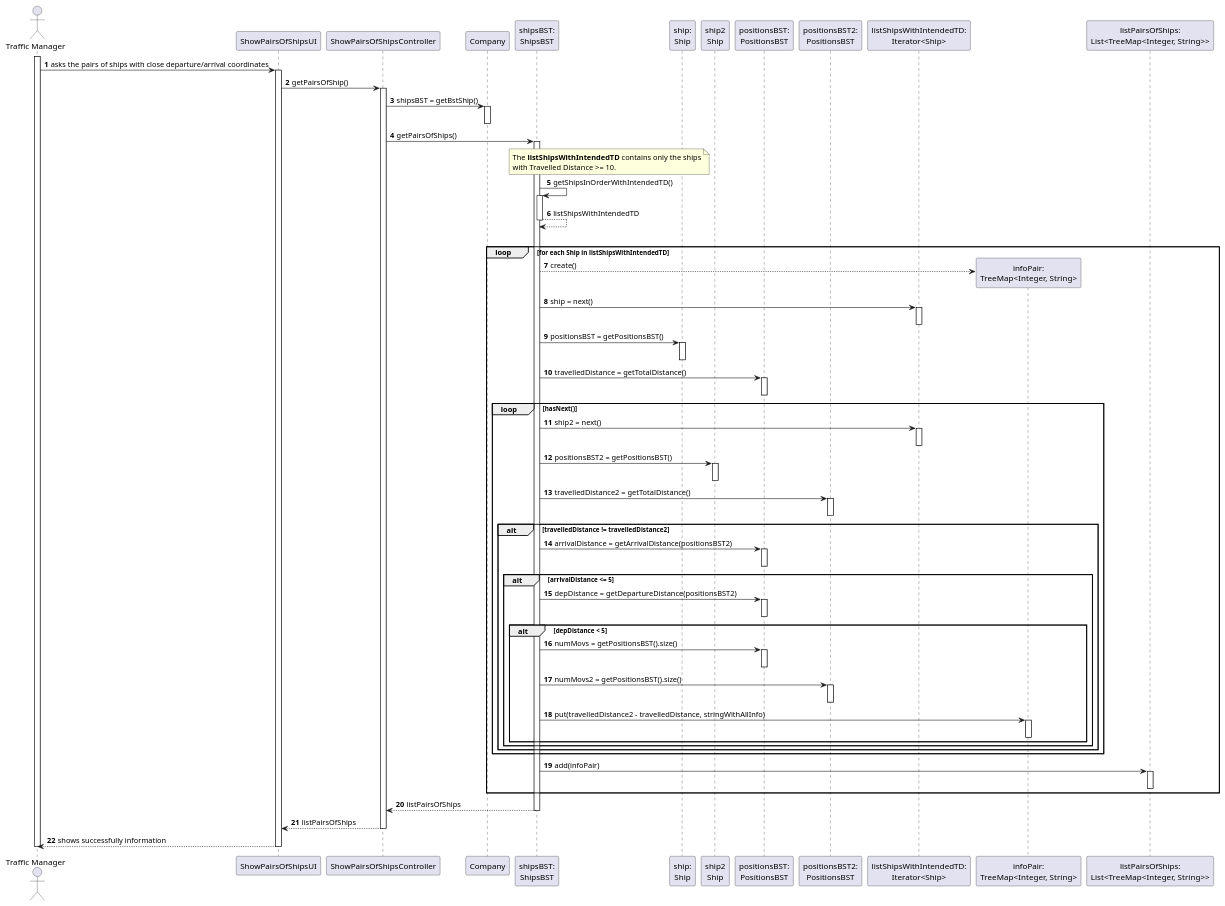
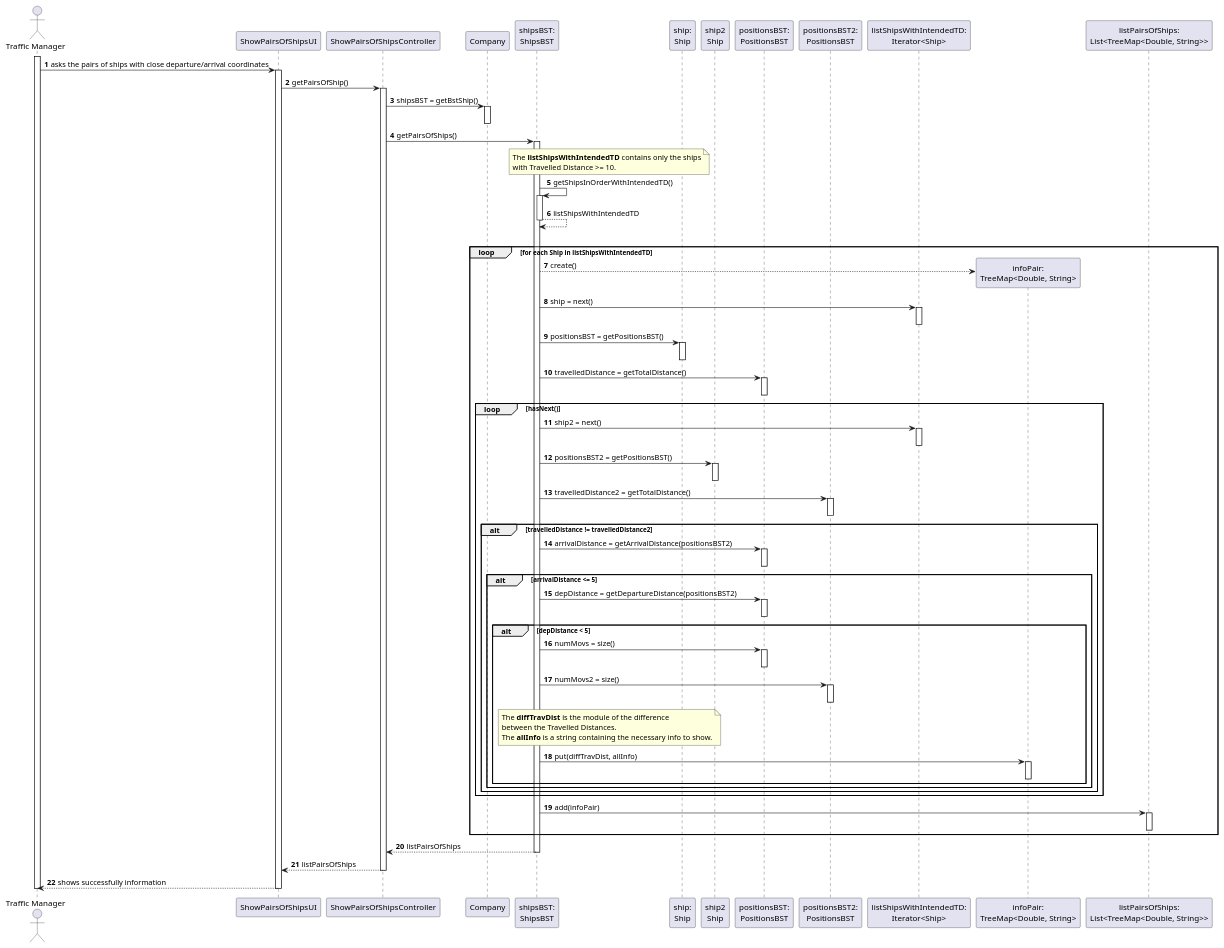
One commit to ana-albergaria/LAPR3-ISEP changed the diagram in docs/US107/US107_SD.puml. Above: the diagram before and after it, drawn with PlantUML. The commit also changed 2 other files, not shown here.

Commit message:
G54-7 G54-40 #comment Return pairs of ships[Implementation] - Continuation

```diff
--- a/docs/US107/US107_SD.puml
+++ b/docs/US107/US107_SD.puml
@@ -1,146 +1,152 @@
 @startuml
 
 
 autonumber
 actor "Traffic Manager" as TM
 
 participant "ShowPairsOfShipsUI" as UI
 participant "ShowPairsOfShipsController" as CTRL
 participant "Company" as COMP
 participant "shipsBST:\nShipsBST" as BstShip
 participant "ship:\nShip" as S
 participant "ship2\nShip" as S2
 /'participant "ShipPosition" as SP'/
 participant "positionsBST:\nPositionsBST" as BstPosition
 participant "positionsBST2:\nPositionsBST" as BstPosition2
 participant "listShipsWithIntendedTD:\nIterator<Ship>" as ITERATOR
-participant "infoPair:\nTreeMap<Integer, String>" as TREEMAP
-participant "listPairsOfShips:\nList<TreeMap<Integer, String>>" as LIST
+participant "infoPair:\nTreeMap<Double, String>" as TREEMAP
+participant "listPairsOfShips:\nList<TreeMap<Double, String>>" as LIST
 
 
 activate TM
 TM -> "UI" : asks the pairs of ships with close departure/arrival coordinates
 activate "UI"
 UI -> CTRL : getPairsOfShip()
 activate CTRL
 CTRL -> COMP : shipsBST = getBstShip()
 activate COMP
 deactivate COMP
 CTRL -> BstShip : getPairsOfShips()
 /'decide what kind of list'/
 activate BstShip
 /'BstShip -> BstShip : listOfShips = inOrder() '/
 note over BstShip, S
 The **listShipsWithIntendedTD** contains only the ships
 with Travelled Distance >= 10.
 end note
 BstShip -> BstShip : getShipsInOrderWithIntendedTD()
 activate BstShip
 BstShip --> BstShip : listShipsWithIntendedTD
 deactivate BstShip
 |||
 loop for each Ship in listShipsWithIntendedTD
 BstShip --> TREEMAP** : create()
 BstShip -> ITERATOR : ship = next()
 activate ITERATOR
 deactivate ITERATOR
 /'BstShip -> S : travelledDistance = getTravelledDistance()
 activate S
 deactivate S
 '/
 BstShip -> S : positionsBST = getPositionsBST()
 activate S
 deactivate S
 BstShip -> BstPosition : travelledDistance = getTotalDistance()
 activate BstPosition
 deactivate BstPosition
 /'alteração alt em baixo: travelledDistance2 >= 10 em vez de > 10'/
 /'alt travelledDistance >= 10'/
 loop hasNext()
 BstShip -> ITERATOR : ship2 = next()
 activate ITERATOR
 deactivate ITERATOR
 BstShip -> S2 : positionsBST2 = getPositionsBST()
 activate S2
 deactivate S2
 BstShip -> BstPosition2 : travelledDistance2 = getTotalDistance()
 activate BstPosition2
 deactivate BstPosition2
 /'BstShip -> S2 : travelledDistance2 = getTravelledDistance()
 activate S2
 deactivate S2'/
 /'alteração alt em baixo: && travelledDistance2 >= 10'/
 /'alt travelledDistance != travelledDistance2 && travelledDistance2 >= 10'/
 alt travelledDistance != travelledDistance2
 /'BstShip -> BstPosition : arrivalLat = getArrivalLatitude()
 activate BstPosition
 deactivate BstPosition
 BstShip -> BstPosition : arrivalLog = getArrivalLongitude()
 activate BstPosition
 deactivate BstPosition
 BstShip -> BstPosition2 : arrivalLat2 = getArrivalLatitude()
 activate BstPosition2
 deactivate BstPosition2
 BstShip -> BstPosition2 : arrivalLog2 = getArrivalLongitude()
 activate BstPosition2
 deactivate BstPosition2
 BstShip -> BstPosition : arrivalDistance = distanceBetweenInKm(arrivalLat, arrivalLat2, arrivalLog, arrivalLog2)'/
 BstShip -> BstPosition : arrivalDistance = getArrivalDistance(positionsBST2)
 activate BstPosition
 deactivate BstPosition
 alt arrivalDistance <= 5
 /'BstShip -> BstPosition : depLat = getDeparLatitude()
 activate BstPosition
 deactivate BstPosition
 BstShip -> BstPosition : depLog = getDepartLongitude()
 activate BstPosition
 deactivate BstPosition
 BstShip -> BstPosition2 : depLat2 = getDepartLatitude()
 activate BstPosition2
 deactivate BstPosition2
 BstShip -> BstPosition2 : depLog2 = getDepartLongitude()
 activate BstPosition2
 deactivate BstPosition2
 BstShip -> BstPosition : depDistance = distanceBetweenInKm(depLat, depLat2, depLog, depLog2)
 activate BstPosition
 deactivate BstPosition'/
 BstShip -> BstPosition : depDistance = getDepartureDistance(positionsBST2)
 activate BstPosition
 deactivate BstPosition
 alt depDistance < 5
 
-BstShip -> BstPosition : numMovs = getPositionsBST().size()
+BstShip -> BstPosition : numMovs = size()
 activate BstPosition
 deactivate BstPosition
-BstShip -> BstPosition2 : numMovs2 = getPositionsBST().size()
+BstShip -> BstPosition2 : numMovs2 = size()
 activate BstPosition2
 deactivate BstPosition2
 
-BstShip -> TREEMAP : put(travelledDistance2 - travelledDistance, stringWithAllInfo)
+note over BstShip, S
+The **diffTravDist** is the module of the difference
+between the Travelled Distances.
+The **allInfo** is a string containing the necessary info to show.
+end note
+
+BstShip -> TREEMAP : put(diffTravDist, allInfo)
 activate TREEMAP
 deactivate TREEMAP
 end
 end
 end
 end
 BstShip -> LIST : add(infoPair)
 activate LIST
 deactivate LIST
 /'end'/
 end
 
 BstShip --> CTRL : listPairsOfShips
 deactivate BstShip
 CTRL --> UI : listPairsOfShips
 deactivate CTRL
 "UI" --> TM : shows successfully information
 
 deactivate "UI"
 
 
 
 
 
 deactivate TM
 
 @enduml
```
